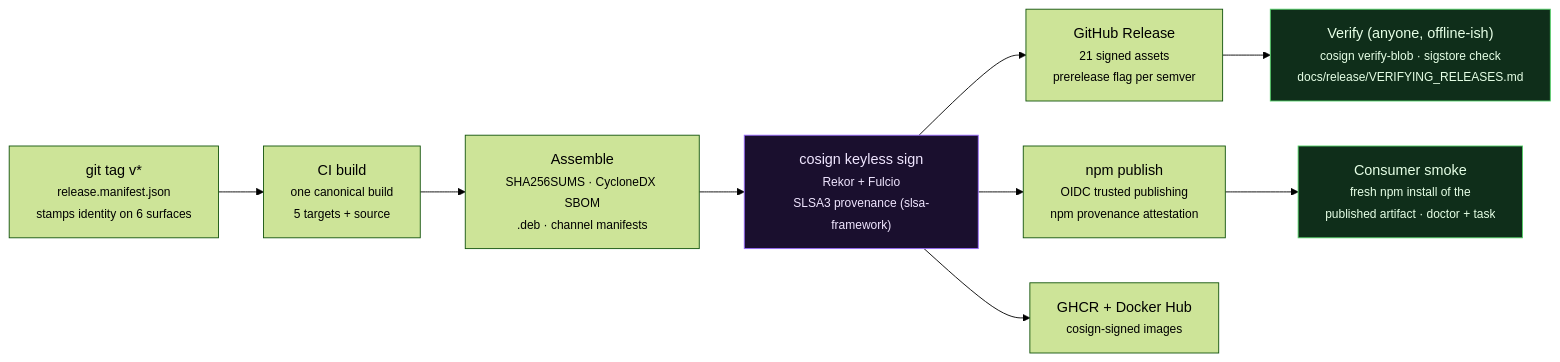
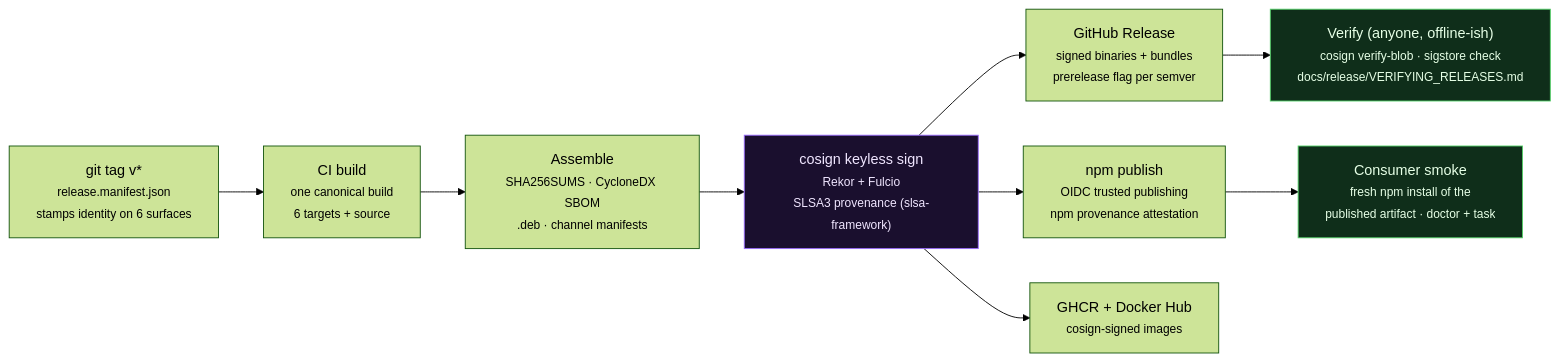
One commit to ahmadrrrtx/xr changed the third of 4 diagrams in README.md. Above: the diagram before and after it, drawn with Mermaid (forest theme). The commit also changed other lines of this file and 2 other files, not shown here.

````diff
--- a/README.md
+++ b/README.md
@@ -405,15 +344,15 @@
 ```mermaid
 flowchart LR
-    T["git tag v*<br/><small>release.manifest.json<br/>stamps identity on 6 surfaces</small>"] --> B["CI build<br/><small>one canonical build<br/>5 targets + source</small>"]
+    T["git tag v*<br/><small>release.manifest.json<br/>stamps identity on 6 surfaces</small>"] --> B["CI build<br/><small>one canonical build<br/>6 targets + source</small>"]
     B --> A["Assemble<br/><small>SHA256SUMS · CycloneDX SBOM<br/>.deb · channel manifests</small>"]
     A --> SIG["cosign keyless sign<br/><small>Rekor + Fulcio<br/>SLSA3 provenance (slsa-framework)</small>"]
-    SIG --> GH["GitHub Release<br/><small>21 signed assets<br/>prerelease flag per semver</small>"]
+    SIG --> GH["GitHub Release<br/><small>signed binaries + bundles<br/>prerelease flag per semver</small>"]
     SIG --> NPM["npm publish<br/><small>OIDC trusted publishing<br/>npm provenance attestation</small>"]
     SIG --> DK["GHCR + Docker Hub<br/><small>cosign-signed images</small>"]
     GH --> V["Verify (anyone, offline-ish)<br/><small>cosign verify-blob · sigstore check<br/>docs/release/VERIFYING_RELEASES.md</small>"]
     NPM --> V2["Consumer smoke<br/><small>fresh npm install of the<br/>published artifact · doctor + task</small>"]
 
     style SIG fill:#1a0f2e,stroke:#9a6bff,color:#f0e6ff
     style V fill:#0f2e1a,stroke:#51cf66,color:#e6ffe6
     style V2 fill:#0f2e1a,stroke:#51cf66,color:#e6ffe6
 ```
````
